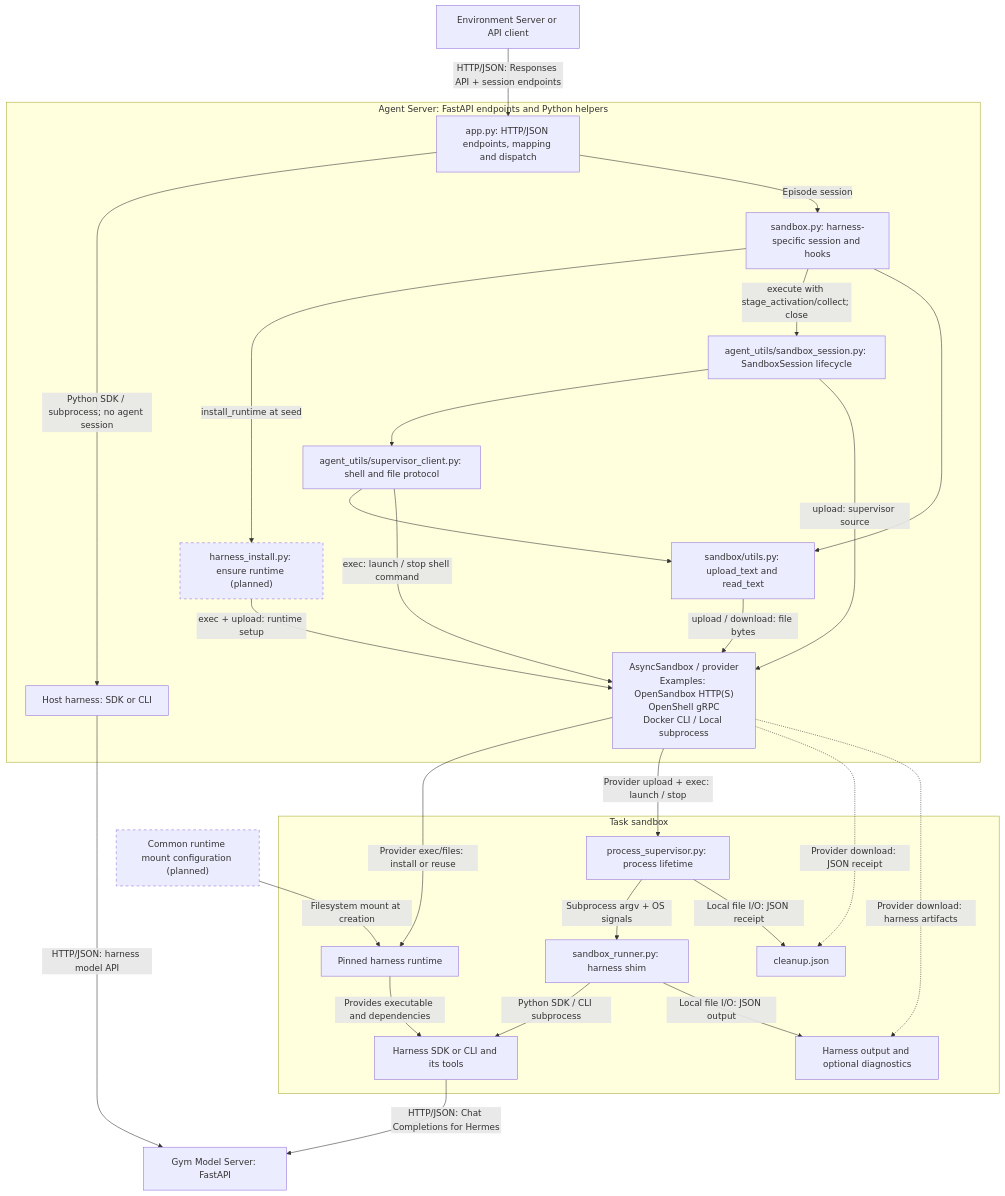
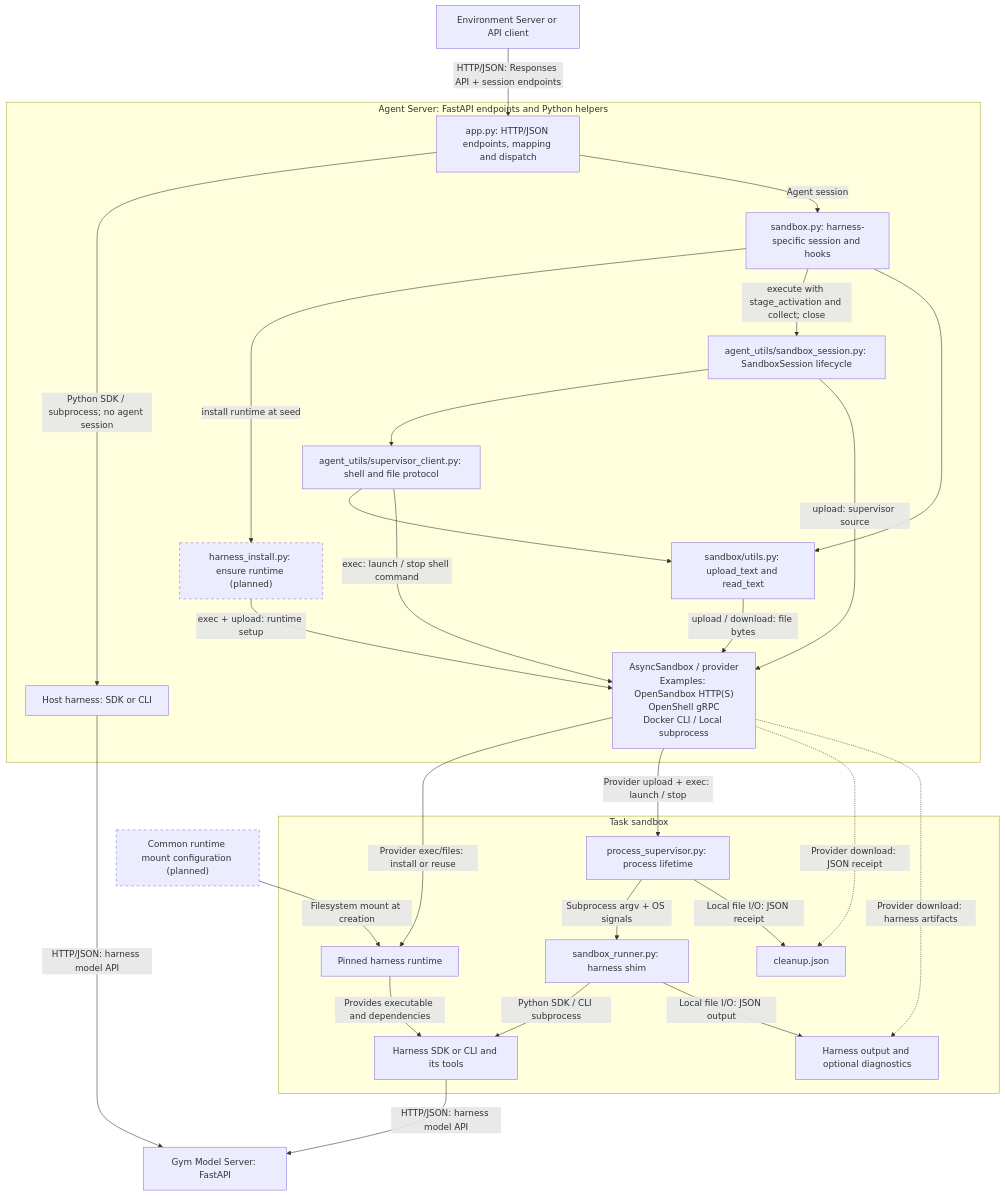
One commit to NVIDIA-NeMo/Gym changed the second of 2 diagrams in fern/versions/latest/pages/agent-server/add-or-update-a-harness.mdx. Above: the diagram before and after it, drawn with Mermaid. The commit also changed other lines of this file, not shown here.

First line of the commit message:
docs(agent): expand harness integration contracts and agent_utils guide

````diff
--- a/fern/versions/latest/pages/agent-server/add-or-update-a-harness.mdx
+++ b/fern/versions/latest/pages/agent-server/add-or-update-a-harness.mdx
@@ -262,54 +434,54 @@
 ```mermaid
 flowchart TB
     ENTRY["Environment Server or API client"]
 
     subgraph AS["Agent Server: FastAPI endpoints and Python helpers"]
         APP["app.py: HTTP/JSON endpoints, mapping and dispatch"]
         LOCAL["Host harness: SDK or CLI"]
         ADAPTER["sandbox.py: harness-specific session and hooks"]
         SESSION["agent_utils/sandbox_session.py: SandboxSession lifecycle"]
         INSTALL["harness_install.py: ensure runtime (planned)"]
         CLIENT["agent_utils/supervisor_client.py: shell and file protocol"]
         FILES["sandbox/utils.py: upload_text and read_text"]
         PROVIDER["AsyncSandbox / provider<br/>Examples: OpenSandbox HTTP(S)<br/>OpenShell gRPC<br/>Docker CLI / Local subprocess"]
         APP -->|"Python SDK / subprocess; no agent session"| LOCAL
-        APP -->|"Episode session"| ADAPTER
-        ADAPTER -->|"install_runtime at seed"| INSTALL
-        ADAPTER -->|"execute with stage_activation/collect; close"| SESSION
+        APP -->|"Agent session"| ADAPTER
+        ADAPTER -->|"install runtime at seed"| INSTALL
+        ADAPTER -->|"execute with stage_activation and collect; close"| SESSION
         SESSION --> CLIENT
         ADAPTER --> FILES
         CLIENT --> FILES
         INSTALL -->|"exec + upload: runtime setup"| PROVIDER
         SESSION -->|"upload: supervisor source"| PROVIDER
         CLIENT -->|"exec: launch / stop shell command"| PROVIDER
         FILES -->|"upload / download: file bytes"| PROVIDER
     end
 
     ENTRY -->|"HTTP/JSON: Responses API + session endpoints"| APP
     MOUNTS["Common runtime mount configuration (planned)"]
 
     subgraph SB["Task sandbox"]
         RUNTIME["Pinned harness runtime"]
         SUPERVISOR["process_supervisor.py: process lifetime"]
         SHIM["sandbox_runner.py: harness shim"]
         HARNESS["Harness SDK or CLI and its tools"]
         CLEANUP["cleanup.json"]
         OUTPUT["Harness output and optional diagnostics"]
         SUPERVISOR -->|"Subprocess argv + OS signals"| SHIM
         SHIM -->|"Python SDK / CLI subprocess"| HARNESS
         RUNTIME -->|"Provides executable and dependencies"| HARNESS
         SUPERVISOR -->|"Local file I/O: JSON receipt"| CLEANUP
         SHIM -->|"Local file I/O: JSON output"| OUTPUT
     end
 
     PROVIDER -->|"Provider exec/files: install or reuse"| RUNTIME
     MOUNTS -->|"Filesystem mount at creation"| RUNTIME
     PROVIDER -->|"Provider upload + exec: launch / stop"| SUPERVISOR
     PROVIDER -.->|"Provider download: JSON receipt"| CLEANUP
     PROVIDER -.->|"Provider download: harness artifacts"| OUTPUT
-    HARNESS -->|"HTTP/JSON: Chat Completions for Hermes"| MODEL["Gym Model Server: FastAPI"]
+    HARNESS -->|"HTTP/JSON: harness model API"| MODEL["Gym Model Server: FastAPI"]
     LOCAL -->|"HTTP/JSON: harness model API"| MODEL
 
     classDef planned stroke-dasharray: 5 5;
     class INSTALL,MOUNTS planned;
 ```
````
